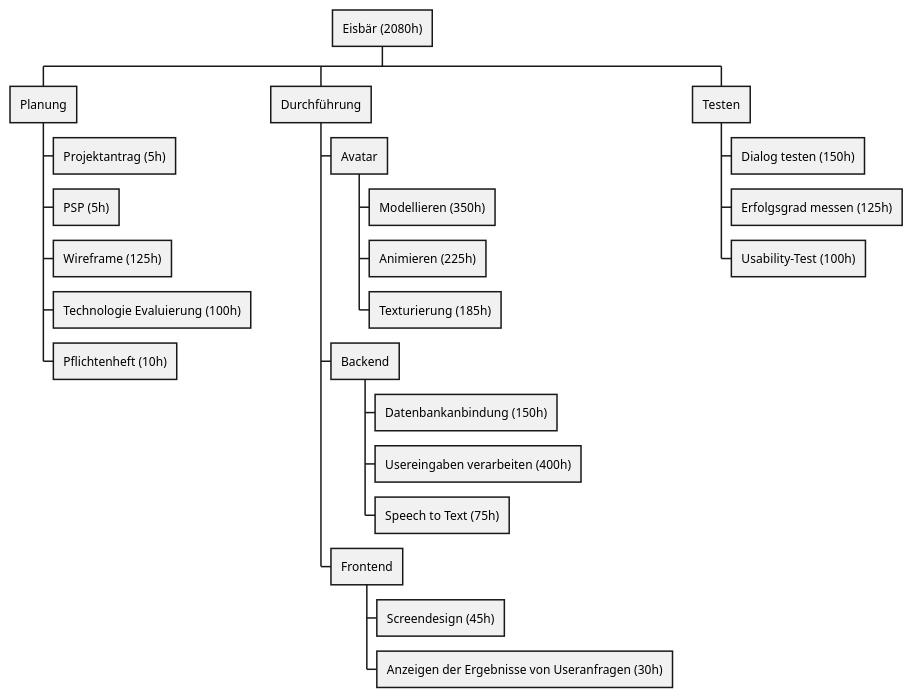
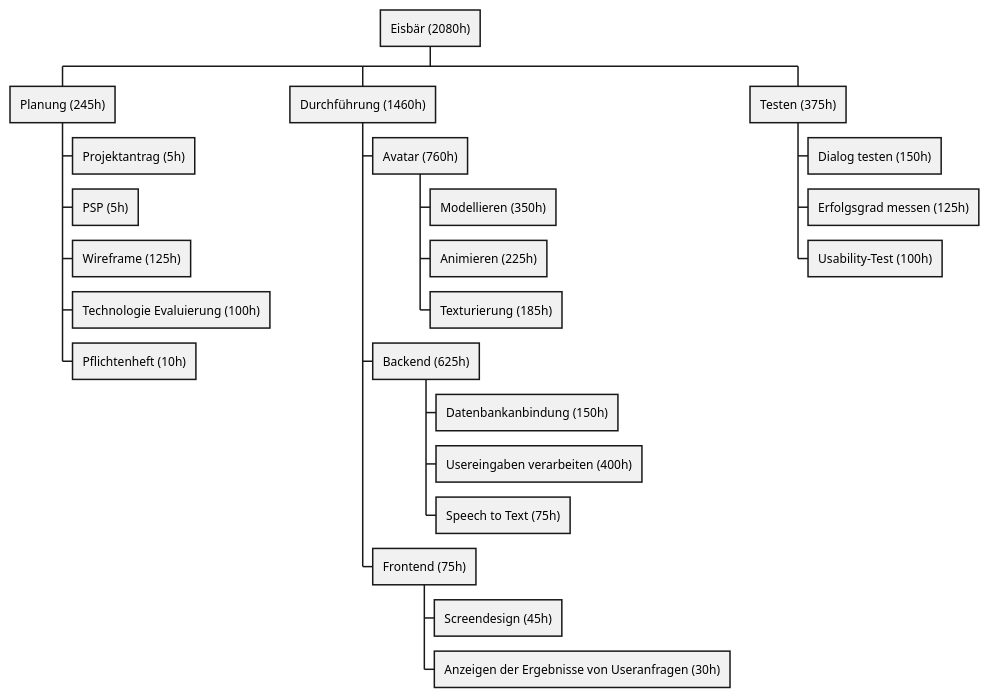
One commit to 2425-4bhitm-itp/eisbaer changed the diagram in documents/psp.puml. Above: the diagram before and after it, drawn with PlantUML.

Commit message:
changed psp

```diff
--- a/documents/psp.puml
+++ b/documents/psp.puml
@@ -1,25 +1,25 @@
 @startwbs
 * Eisbär (2080h)
-** Planung
+** Planung (245h)
 *** Projektantrag (5h)
 *** PSP (5h)
 *** Wireframe (125h)
 *** Technologie Evaluierung (100h)
 *** Pflichtenheft (10h)
-** Durchführung
-*** Avatar
+** Durchführung (1460h)
+*** Avatar (760h)
 **** Modellieren (350h)
 **** Animieren (225h)
 **** Texturierung (185h)
-*** Backend
+*** Backend (625h)
 **** Datenbankanbindung (150h)
 **** Usereingaben verarbeiten (400h)
 **** Speech to Text (75h)
-*** Frontend
+*** Frontend (75h)
 **** Screendesign (45h)
 **** Anzeigen der Ergebnisse von Useranfragen (30h)
-** Testen
+** Testen (375h)
 *** Dialog testen (150h)
 *** Erfolgsgrad messen (125h)
 *** Usability-Test (100h)
 @endwbs
```
